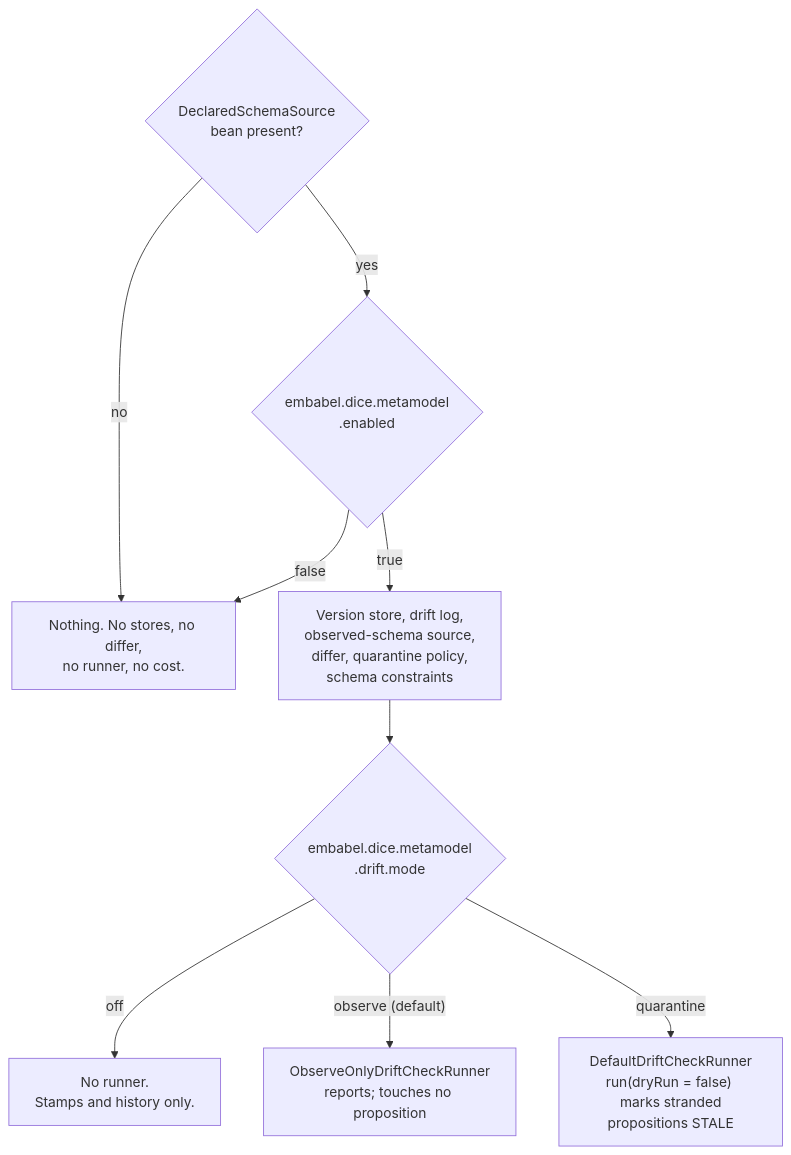
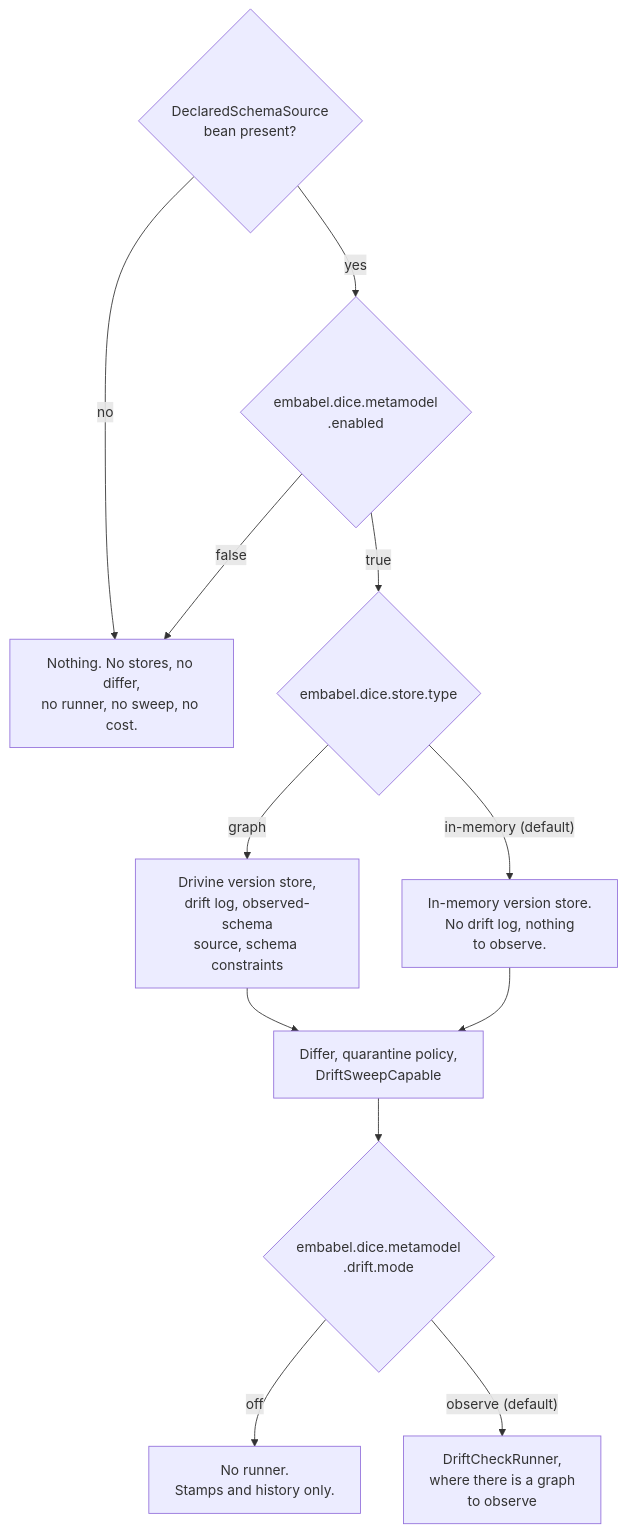
The diagram in docs/design/metamodel-wiring.md (embabel/dice), drawn with Mermaid before and after one commit. The commit also changed other lines of this file and 7 other files, not shown here.

````diff
--- a/docs/design/metamodel-wiring.md
+++ b/docs/design/metamodel-wiring.md
@@ -14,12 +14,15 @@
 ```mermaid
 flowchart TD
     A{"DeclaredSchemaSource<br/>bean present?"}
-    A -- no --> Z["Nothing. No stores, no differ,<br/>no runner, no cost."]
+    A -- no --> Z["Nothing. No stores, no differ,<br/>no runner, no sweep, no cost."]
     A -- yes --> B{"embabel.dice.metamodel<br/>.enabled"}
     B -- false --> Z
-    B -- true --> C["Version store, drift log,<br/>observed-schema source,<br/>differ, quarantine policy,<br/>schema constraints"]
-    C --> D{"embabel.dice.metamodel<br/>.drift.mode"}
-    D -- off --> E["No runner.<br/>Stamps and history only."]
-    D -- "observe (default)" --> F["ObserveOnlyDriftCheckRunner<br/>reports; touches no proposition"]
-    D -- quarantine --> G["DefaultDriftCheckRunner<br/>run(dryRun = false) marks stranded<br/>propositions STALE"]
+    B -- true --> C{"embabel.dice.store.type"}
+    C -- graph --> D["Drivine version store,<br/>drift log, observed-schema<br/>source, schema constraints"]
+    C -- "in-memory (default)" --> E["In-memory version store.<br/>No drift log, nothing<br/>to observe."]
+    D --> F["Differ, quarantine policy,<br/>DriftSweepCapable"]
+    E --> F
+    F --> G{"embabel.dice.metamodel<br/>.drift.mode"}
+    G -- off --> H["No runner.<br/>Stamps and history only."]
+    G -- "observe (default)" --> I["DriftCheckRunner,<br/>where there is a graph<br/>to observe"]
 ```
````
